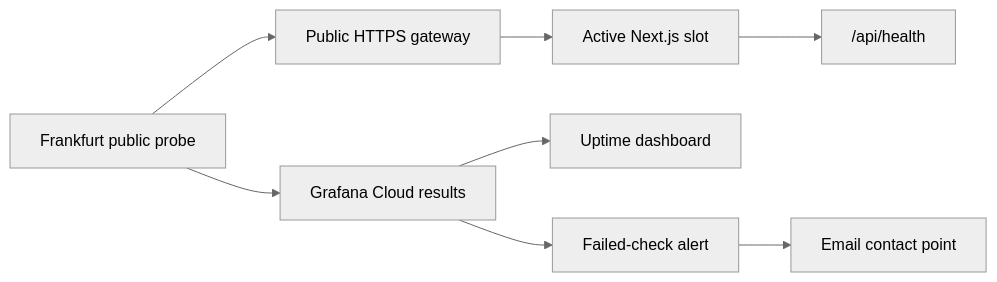
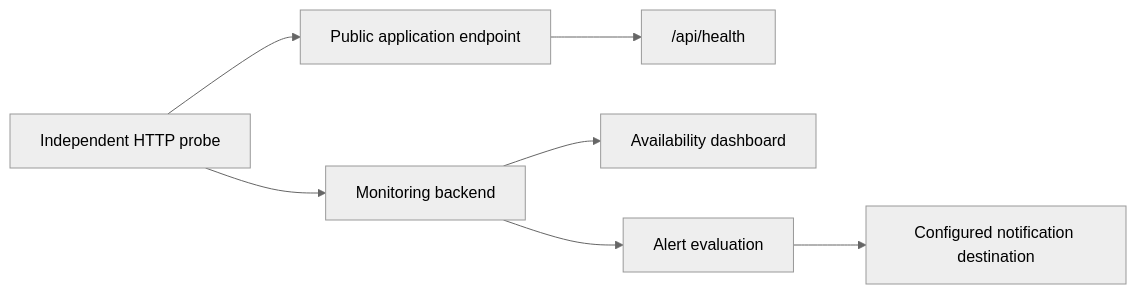
The diagram in docs/monitoring/SYNTHETIC-MONITORING.md (danikas2k2/rusys), drawn with Mermaid (neutral theme) before and after one commit. The commit also changed other lines of this file and 9 other files, not shown here.

````diff
--- a/docs/monitoring/SYNTHETIC-MONITORING.md
+++ b/docs/monitoring/SYNTHETIC-MONITORING.md
@@ -25,10 +14,9 @@
 ```mermaid
 flowchart LR
-    Probe[Frankfurt public probe] --> HTTPS[Public HTTPS gateway]
-    HTTPS --> Next[Active Next.js slot]
-    Next --> Health["/api/health"]
-    Probe --> Cloud[Grafana Cloud results]
-    Cloud --> Dashboard[Uptime dashboard]
-    Cloud --> Alert[Failed-check alert]
-    Alert --> Email[Email contact point]
+    Probe[Independent HTTP probe] --> Public[Public application endpoint]
+    Public --> Health["/api/health"]
+    Probe --> Backend[Monitoring backend]
+    Backend --> Dashboard[Availability dashboard]
+    Backend --> Alert[Alert evaluation]
+    Alert --> Contact[Configured notification destination]
 ```
````
